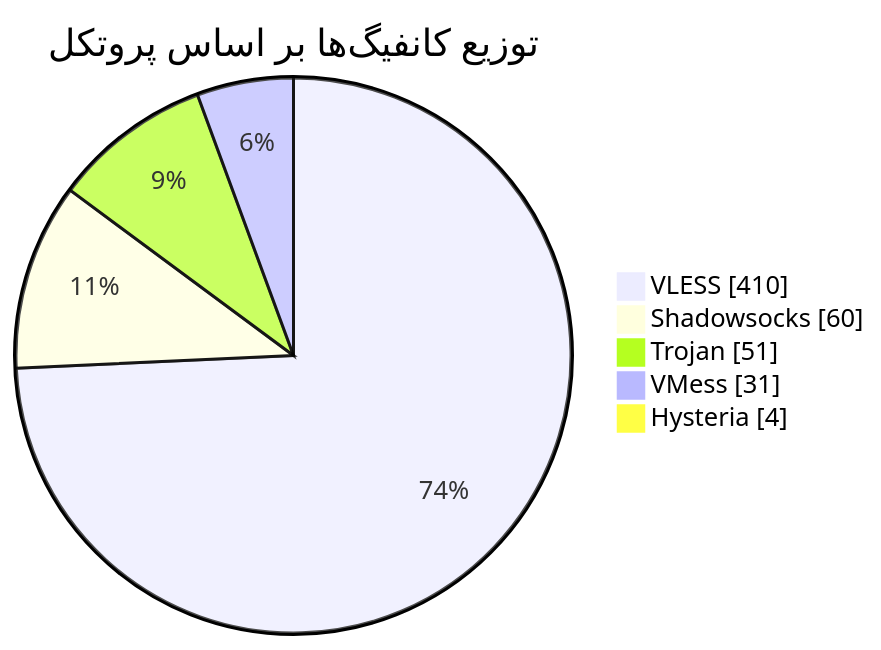
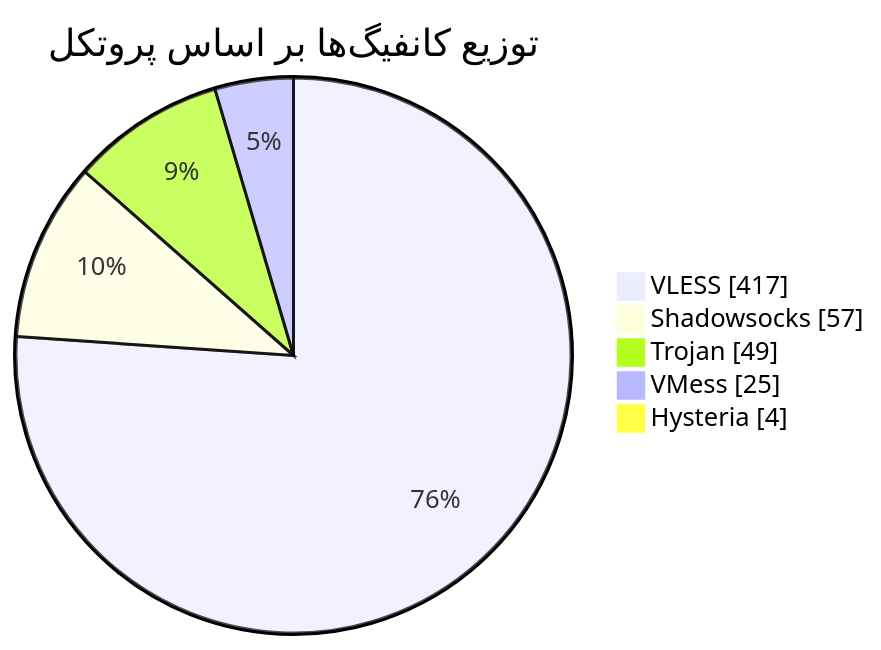
One commit to Arian-Alijani/Somthing changed the diagram in README.md. Above: the diagram before and after it, drawn with Mermaid. The commit also changed other lines of this file and 83 other files, not shown here.

````diff
--- a/README.md
+++ b/README.md
@@ -47,9 +47,9 @@
 ```mermaid
 pie showData
     title توزیع کانفیگ‌ها بر اساس پروتکل
-    "VLESS" : 410
-    "Shadowsocks" : 60
-    "Trojan" : 51
-    "VMess" : 31
+    "VLESS" : 417
+    "Shadowsocks" : 57
+    "Trojan" : 49
+    "VMess" : 25
     "Hysteria" : 4
 ```
````
